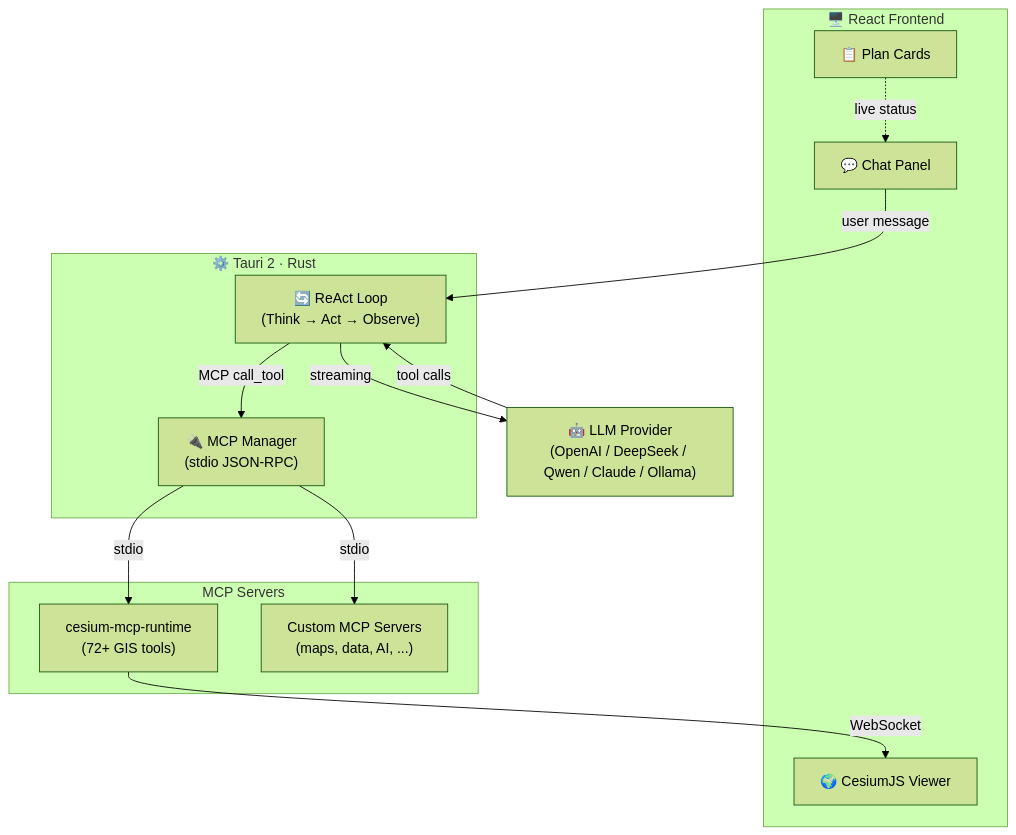
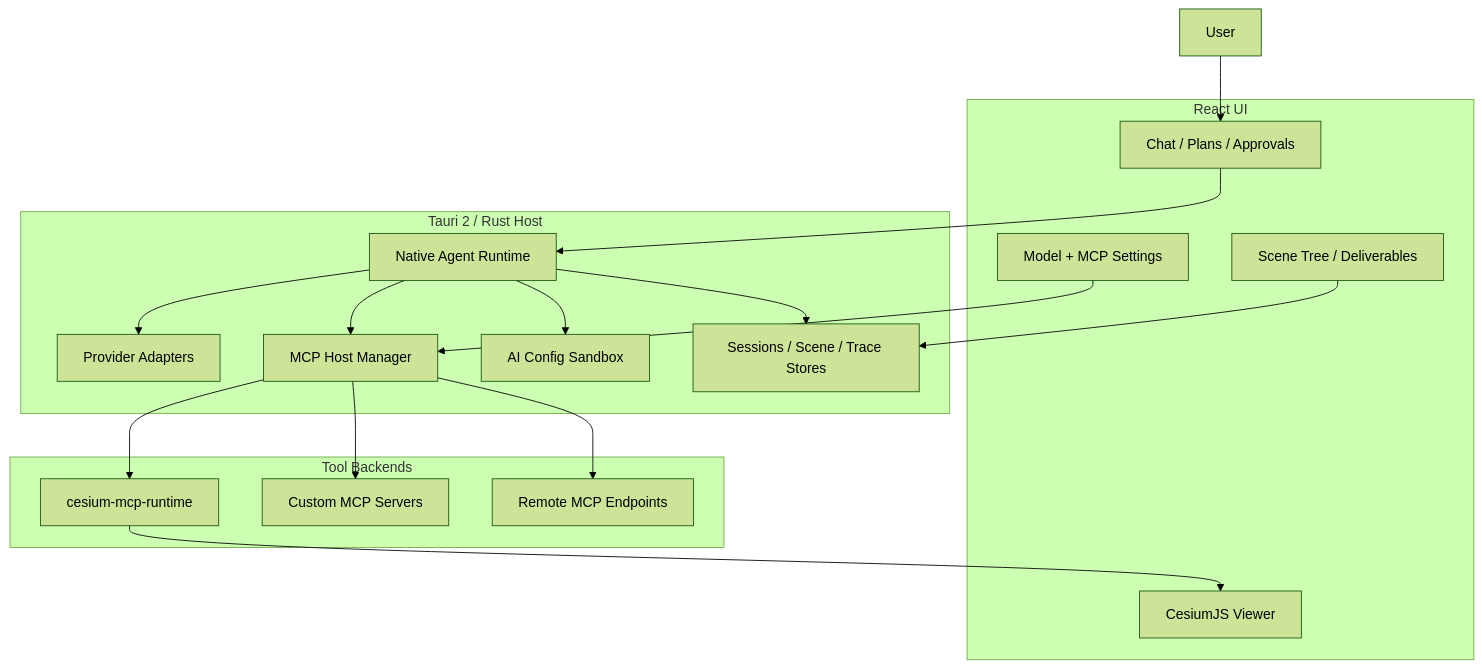
Before and after one commit to gaopengbin/GaiaAgent: the diagram in README.md, drawn with Mermaid (forest theme). The commit also changed other lines of this file and 1 other file, not shown here.

````diff
--- a/README.md
+++ b/README.md
@@ -34,29 +91,36 @@
 ```mermaid
 graph TB
-    subgraph Frontend["🖥️ React Frontend"]
-        Chat["💬 Chat Panel"]
-        Plan["📋 Plan Cards"]
-        Cesium["🌍 CesiumJS Viewer"]
+    subgraph Frontend["React UI"]
+        Chat["Chat / Plans / Approvals"]
+        ScenePanel["Scene Tree / Deliverables"]
+        Settings["Model + MCP Settings"]
+        Cesium["CesiumJS Viewer"]
     end
 
-    subgraph Backend["⚙️ Tauri 2 · Rust"]
-        ReAct["🔄 ReAct Loop\n(Think → Act → Observe)"]
-        MCP_Mgr["🔌 MCP Manager\n(stdio JSON-RPC)"]
+    subgraph Backend["Tauri 2 / Rust Host"]
+        Runtime["Native Agent Runtime"]
+        Providers["Provider Adapters"]
+        MCP["MCP Host Manager"]
+        Sandbox["AI Config Sandbox"]
+        State["Sessions / Scene / Trace Stores"]
     end
 
-    subgraph MCP_Servers["MCP Servers"]
-        cesium_mcp["cesium-mcp-runtime\n(72+ GIS tools)"]
-        custom_mcp["Custom MCP Servers\n(maps, data, AI, ...)"]
+    subgraph Tools["Tool Backends"]
+        CesiumMcp["cesium-mcp-runtime"]
+        CustomMcp["Custom MCP Servers"]
+        RemoteMcp["Remote MCP Endpoints"]
     end
 
-    LLM["🤖 LLM Provider\n(OpenAI / DeepSeek / Qwen / Claude / Ollama)"]
-
-    Chat -->|user message| ReAct
-    ReAct -->|streaming| LLM
-    LLM -->|tool calls| ReAct
-    ReAct -->|MCP call_tool| MCP_Mgr
-    MCP_Mgr -->|stdio| cesium_mcp
-    MCP_Mgr -->|stdio| custom_mcp
-    cesium_mcp -->|WebSocket| Cesium
-    Plan -.->|live status| Chat
+    User["User"] --> Chat
+    Chat --> Runtime
+    Runtime --> Providers
+    Runtime --> MCP
+    Runtime --> Sandbox
+    Runtime --> State
+    MCP --> CesiumMcp
+    MCP --> CustomMcp
+    MCP --> RemoteMcp
+    CesiumMcp --> Cesium
+    ScenePanel --> State
+    Settings --> MCP
 ```
````
